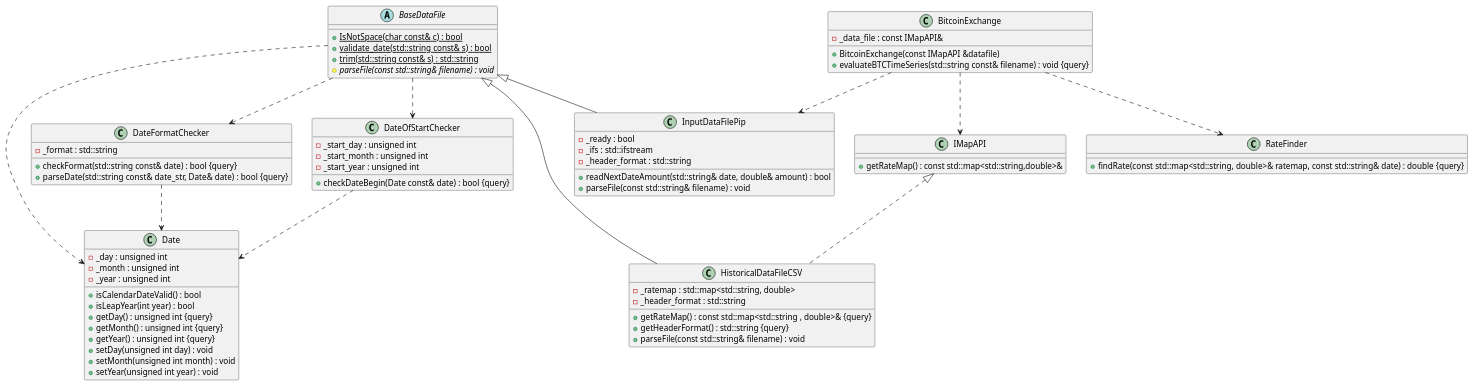
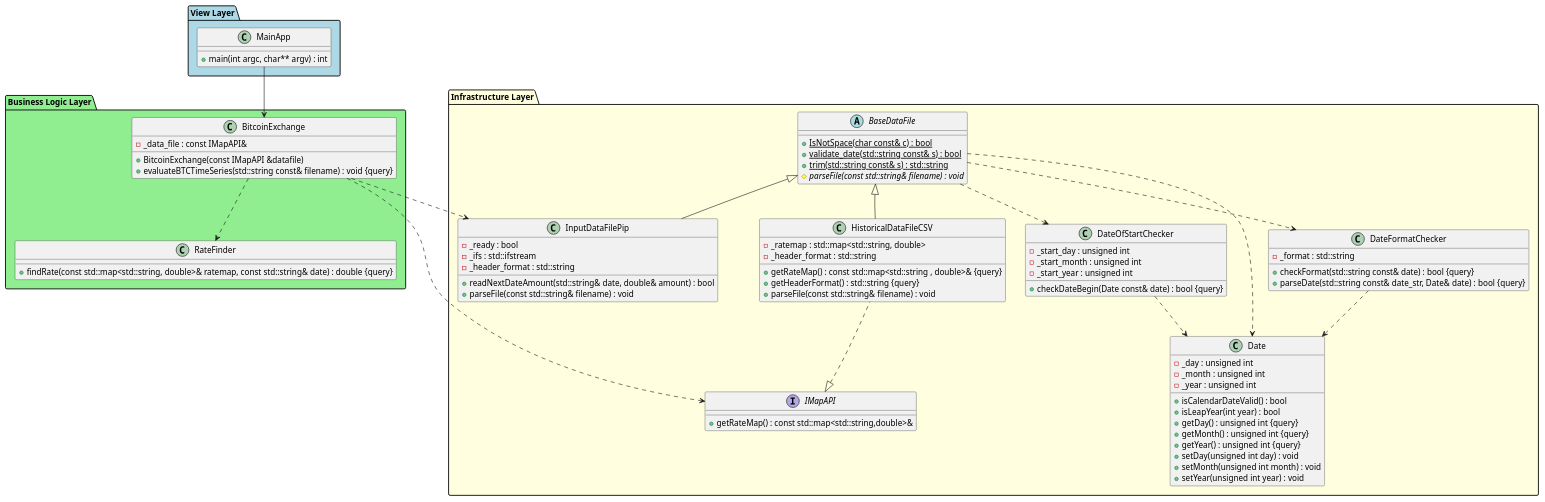
One commit to ra121e/cpp09 changed the diagram in ex00/btc.puml. Above: the diagram before and after it, drawn with PlantUML.

Commit message:
ex00) fix: PlantUML layout by hidden tag

```diff
--- a/ex00/btc.puml
+++ b/ex00/btc.puml
@@ -1,113 +1,112 @@
 @startuml btc
 
-/' Objects '/
+' Objects grouped into 3-layer packages '
 
-abstract class BaseDataFile {
-    +{static} IsNotSpace(char const& c) : bool
-    +{static} validate_date(std::string const& s) : bool
-    +{static} trim(std::string const& s) : std::string
-    #{abstract} parseFile(const std::string& filename) : void
+package "View Layer" #LightBlue {
+    class MainApp {
+        +main(int argc, char** argv) : int
+    }
+}
+
+package "Business Logic Layer" #LightGreen {
+    class BitcoinExchange {
+        +BitcoinExchange(const IMapAPI &datafile)
+        -_data_file : const IMapAPI&
+        +evaluateBTCTimeSeries(std::string const& filename) : void {query}
+    }
+
+    class RateFinder {
+        +findRate(const std::map<std::string, double>& ratemap, const std::string& date) : double {query}
+    }
+}
+
+package "Infrastructure Layer" #LightYellow {
+    abstract class BaseDataFile {
+        +{static} IsNotSpace(char const& c) : bool
+        +{static} validate_date(std::string const& s) : bool
+        +{static} trim(std::string const& s) : std::string
+        #{abstract} parseFile(const std::string& filename) : void
+    }
+
+    Interface IMapAPI {
+        +getRateMap() : const std::map<std::string,double>&
+    }
+
+    class HistoricalDataFileCSV {
+        +getRateMap() : const std::map<std::string , double>& {query}
+        -_ratemap : std::map<std::string, double>
+        -_header_format : std::string
+        +getHeaderFormat() : std::string {query}
+        +parseFile(const std::string& filename) : void
+    }
+
+    class InputDataFilePip {
+        -_ready : bool
+        +readNextDateAmount(std::string& date, double& amount) : bool
+        -_ifs : std::ifstream
+        -_header_format : std::string
+        +parseFile(const std::string& filename) : void
+    }
+
+    class Date {
+        +isCalendarDateValid() : bool
+        +isLeapYear(int year) : bool
+        -_day : unsigned int
+        -_month : unsigned int
+        -_year : unsigned int
+        +getDay() : unsigned int {query}
+        +getMonth() : unsigned int {query}
+        +getYear() : unsigned int {query}
+        +setDay(unsigned int day) : void
+        +setMonth(unsigned int month) : void
+        +setYear(unsigned int year) : void
+    }
+
+    class DateFormatChecker {
+        +checkFormat(std::string const& date) : bool {query}
+        +parseDate(std::string const& date_str, Date& date) : bool {query}
+        -_format : std::string
+    }
+
+    class DateOfStartChecker {
+        +checkDateBegin(Date const& date) : bool {query}
+        -_start_day : unsigned int
+        -_start_month : unsigned int
+        -_start_year : unsigned int
+    }
 }
 
 
-class IMapAPI {
-    +getRateMap() : const std::map<std::string,double>&
-}
-
-class BitcoinExchange {
-    +BitcoinExchange(const IMapAPI &datafile)
-    -_data_file : const IMapAPI&
-    +evaluateBTCTimeSeries(std::string const& filename) : void {query}
-}
-
-
-class Date {
-    +isCalendarDateValid() : bool
-    +isLeapYear(int year) : bool
-    -_day : unsigned int
-    -_month : unsigned int
-    -_year : unsigned int
-    +getDay() : unsigned int {query}
-    +getMonth() : unsigned int {query}
-    +getYear() : unsigned int {query}
-    +setDay(unsigned int day) : void
-    +setMonth(unsigned int month) : void
-    +setYear(unsigned int year) : void
-}
-
-
-class DateFormatChecker {
-    +checkFormat(std::string const& date) : bool {query}
-    +parseDate(std::string const& date_str, Date& date) : bool {query}
-    -_format : std::string
-}
-
-
-class DateOfStartChecker {
-    +checkDateBegin(Date const& date) : bool {query}
-    -_start_day : unsigned int
-    -_start_month : unsigned int
-    -_start_year : unsigned int
-}
-
-
-class HistoricalDataFileCSV {
-    +getRateMap() : const std::map<std::string , double>& {query}
-    -_ratemap : std::map<std::string, double>
-    -_header_format : std::string
-    +getHeaderFormat() : std::string {query}
-    +parseFile(const std::string& filename) : void
-}
-
-
-class InputDataFilePip {
-    -_ready : bool
-    +readNextDateAmount(std::string& date, double& amount) : bool
-    -_ifs : std::ifstream
-    -_header_format : std::string
-    +parseFile(const std::string& filename) : void
-}
-
-
-class RateFinder {
-    +findRate(const std::map<std::string, double>& ratemap, const std::string& date) : double {query}
-}
-
-
-
-
-
-/' Inheritance relationships '/
+' Inheritance relationships '
 
 BaseDataFile <|-- HistoricalDataFileCSV
 BaseDataFile <|-- InputDataFilePip
 IMapAPI <|.. HistoricalDataFileCSV
 
 
-
-
-
-/' Aggregation relationships '/
+' Aggregation / Association '
 
 BitcoinExchange ..> IMapAPI
 
-
-
-
-
-
-
-/' Dependency relationships '/
+' Dependency relationships '
 
 BaseDataFile ..> DateFormatChecker
 BaseDataFile ..> DateOfStartChecker
 BaseDataFile ..> Date
 
 DateFormatChecker ..> Date
 DateOfStartChecker ..> Date
 
+MainApp --> BitcoinExchange
 BitcoinExchange ..> InputDataFilePip
 BitcoinExchange ..> RateFinder
 
+'-----------------------------------------------
+' Hidden relationships for better layout
+IMapAPI -[hidden]-> BaseDataFile
+HistoricalDataFileCSV -[hidden]-> BaseDataFile
+InputDataFilePip -[hidden]-> BaseDataFile
+InputDataFilePip -[hidden]-> BaseDataFile
+HistoricalDataFileCSV -[hidden]-> IMapAPI
 
 @enduml
```
